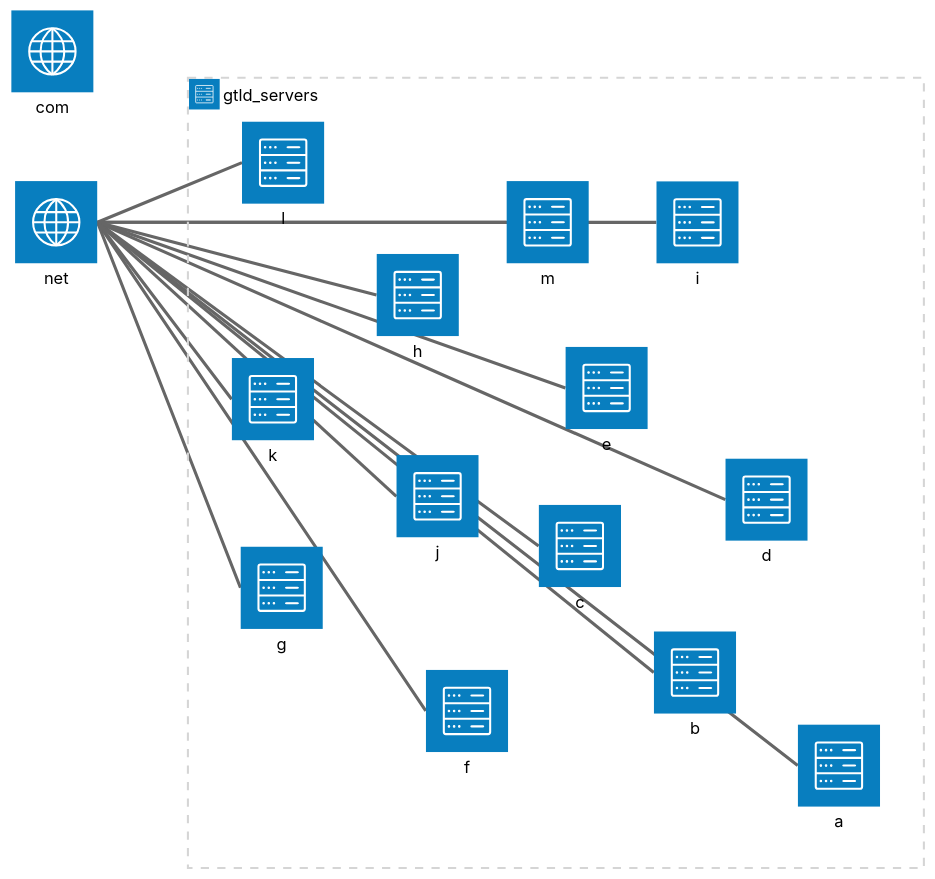
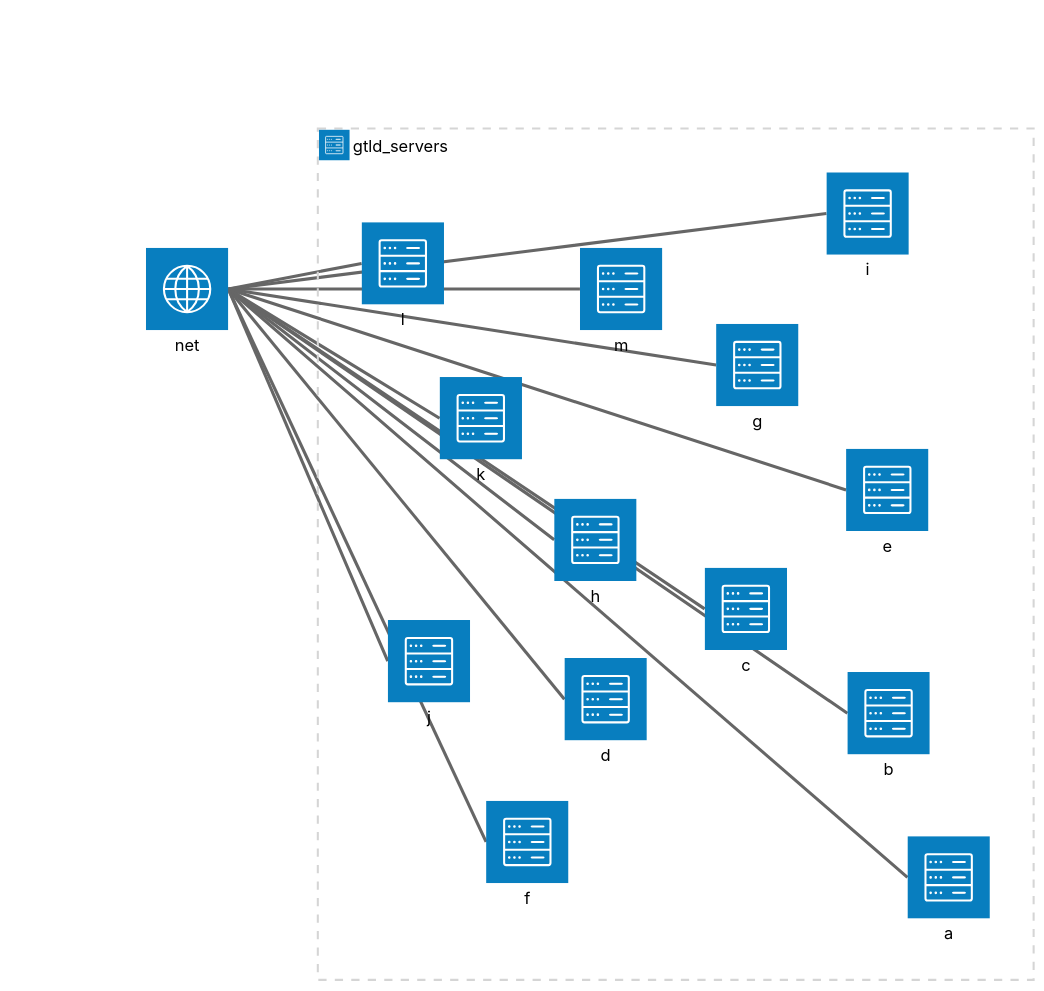
Before and after one commit to jcorvid509/SREI: the first of 2 diagrams in Tema2/act/4.md, drawn with Mermaid (neutral theme). The commit also changed other lines of this file, not shown here.

````diff
--- a/Tema2/act/4.md
+++ b/Tema2/act/4.md
@@ -42,36 +42,38 @@
 ```mermaid
 architecture-beta
 
 group gtld_servers(server)[gtld_servers]
 
 service net(internet)[net]
 service a(server)[a] in gtld_servers
 service b(server)[b] in gtld_servers
 service c(server)[c] in gtld_servers
 service d(server)[d] in gtld_servers
 service e(server)[e] in gtld_servers
 service f(server)[f] in gtld_servers
 service g(server)[g] in gtld_servers
 service h(server)[h] in gtld_servers
 service i(server)[i] in gtld_servers
 service j(server)[j] in gtld_servers
 service k(server)[k] in gtld_servers
 service l(server)[l] in gtld_servers
 service m(server)[m] in gtld_servers
 
-service com(internet)[com]
+junction junctionLeft
+junction junctionCenter
+junction junctionRight
 
 net:R -- L:a
 net:R -- L:b
 net:R -- L:c
 net:R -- L:d
 net:R -- L:e
 net:R -- L:f
 net:R -- L:g
 net:R -- L:h
 net:R -- L:i
 net:R -- L:j
 net:R -- L:k
 net:R -- L:l
 net:R -- L:m
 ```
````
